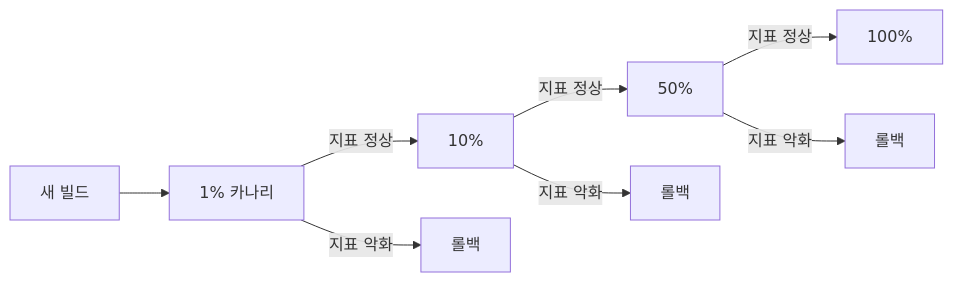
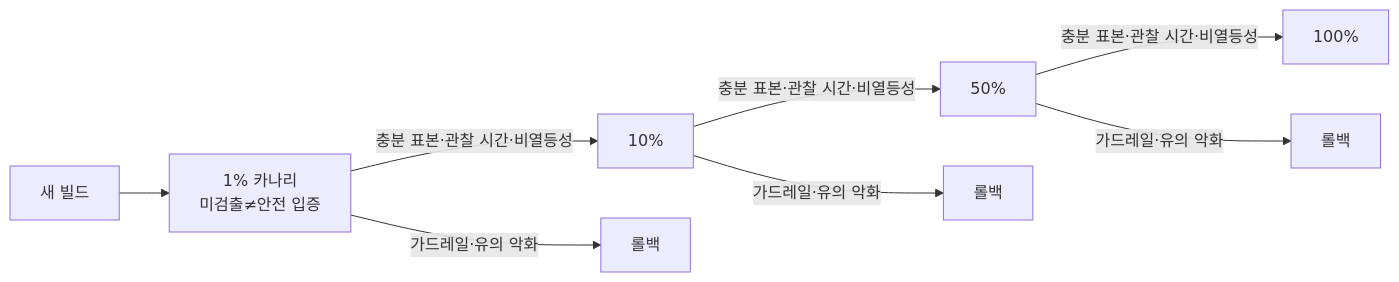
One commit to Rein-ArXiv/game-dev-curriculum changed the fifth of 11 diagrams in live_service/part01_patch.md. Above: the diagram before and after it, drawn with Mermaid. The commit also changed other lines of this file and 279 other files, not shown here.

````diff
--- a/live_service/part01_patch.md
+++ b/live_service/part01_patch.md
@@ -342,10 +351,10 @@
 ```mermaid
 flowchart LR
-    Deploy[새 빌드] --> C1[1% 카나리]
-    C1 -->|지표 정상| C2[10%]
-    C2 -->|지표 정상| C3[50%]
-    C3 -->|지표 정상| Full[100%]
-    C1 -->|지표 악화| RB1[롤백]
-    C2 -->|지표 악화| RB2[롤백]
-    C3 -->|지표 악화| RB3[롤백]
+    Deploy[새 빌드] --> C1[1% 카나리<br/>미검출≠안전 입증]
+    C1 -->|충분 표본·관찰 시간·비열등성| C2[10%]
+    C2 -->|충분 표본·관찰 시간·비열등성| C3[50%]
+    C3 -->|충분 표본·관찰 시간·비열등성| Full[100%]
+    C1 -->|가드레일·유의 악화| RB1[롤백]
+    C2 -->|가드레일·유의 악화| RB2[롤백]
+    C3 -->|가드레일·유의 악화| RB3[롤백]
 ```
````
